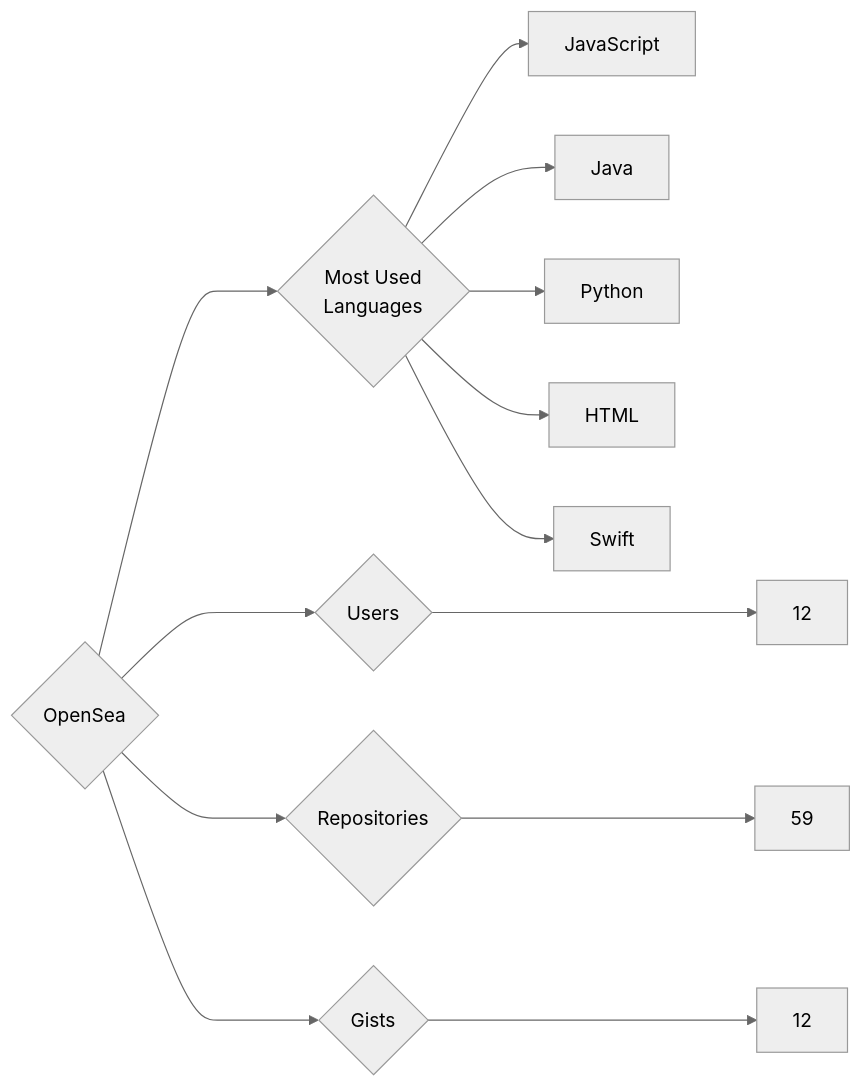
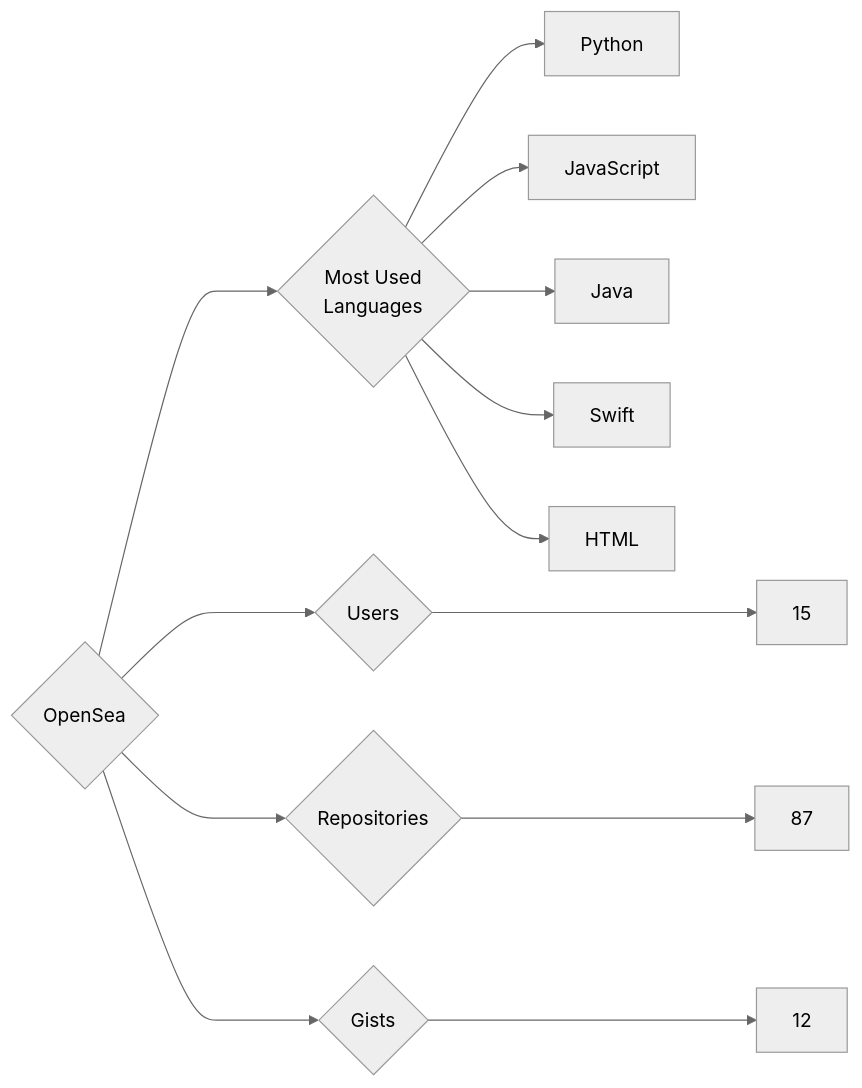
The diagram in targets/OpenSea/README.md (trickest/insiders), drawn with Mermaid (neutral theme) before and after one commit. The commit also changed 955 other files, not shown here.

````diff
--- a/targets/OpenSea/README.md
+++ b/targets/OpenSea/README.md
@@ -3,13 +3,13 @@
 ```mermaid
 graph LR
 COMPANY_NAME{OpenSea}
-COMPANY_NAME ---> U{Users} ---> UN[12]
-COMPANY_NAME ---> R{Repositories} ---> RN[59]
+COMPANY_NAME ---> U{Users} ---> UN[15]
+COMPANY_NAME ---> R{Repositories} ---> RN[87]
 COMPANY_NAME ---> G{Gists} ---> GN[12]
 COMPANY_NAME ---> ML{Most Used<br>Languages}
+ML --> Python[Python]
 ML --> JavaScript[JavaScript]
 ML --> Java[Java]
-ML --> Python[Python]
+ML --> Swift[Swift]
 ML --> HTML[HTML]
-ML --> Swift[Swift]
 ```
````
